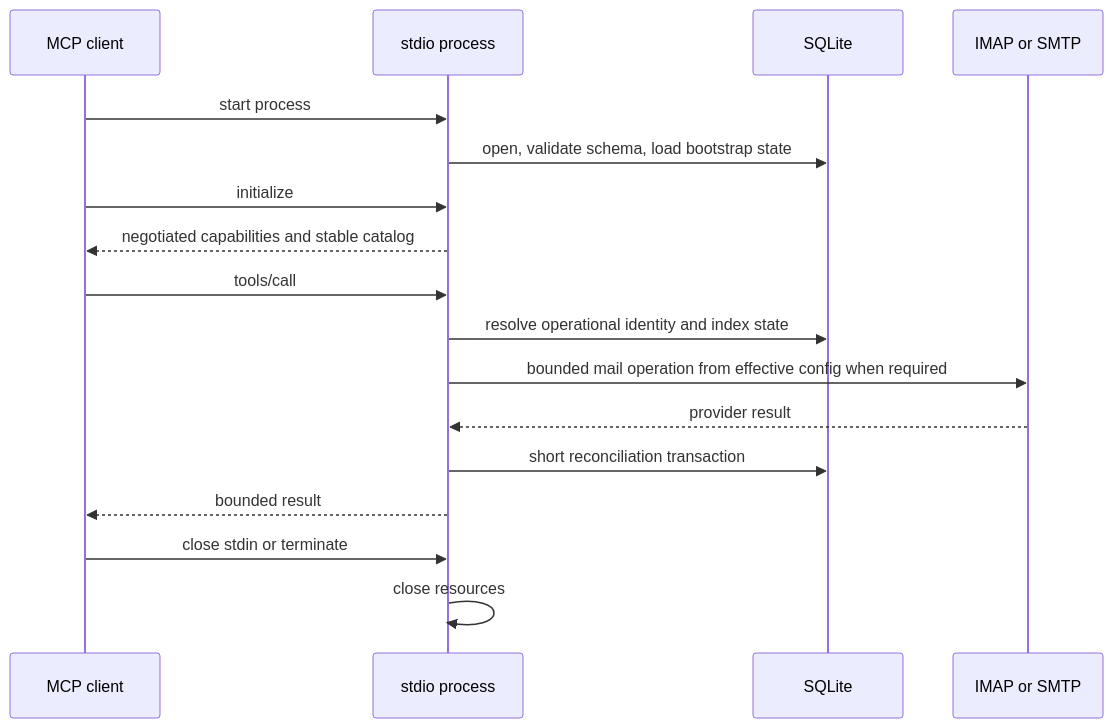
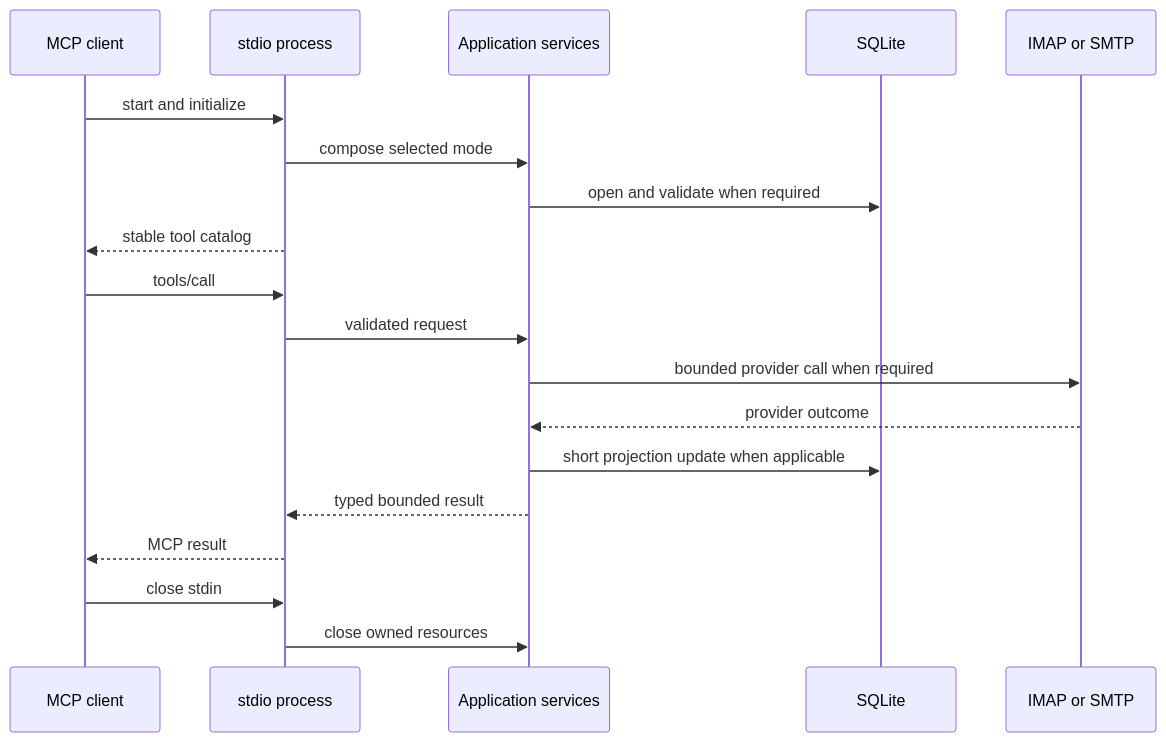
The second of 2 diagrams in spec/01-system-context.md (Wh1isper/mcp-email-server), drawn with Mermaid before and after one commit. The commit also changed other lines of this file and 14 other files, not shown here.

````diff
--- a/spec/01-system-context.md
+++ b/spec/01-system-context.md
@@ -128,20 +81,22 @@
 ```mermaid
 sequenceDiagram
     participant C as MCP client
     participant P as stdio process
+    participant A as Application services
     participant D as SQLite
     participant M as IMAP or SMTP
 
-    C->>P: start process
-    P->>D: open, validate schema, load bootstrap state
-    C->>P: initialize
-    P-->>C: negotiated capabilities and stable catalog
+    C->>P: start and initialize
+    P->>A: compose selected mode
+    A->>D: open and validate when required
+    P-->>C: stable tool catalog
     C->>P: tools/call
-    P->>D: resolve operational identity and index state
-    P->>M: bounded mail operation from effective config when required
-    M-->>P: provider result
-    P->>D: short reconciliation transaction
-    P-->>C: bounded result
-    C->>P: close stdin or terminate
-    P->>P: close resources
+    P->>A: validated request
+    A->>M: bounded provider call when required
+    M-->>A: provider outcome
+    A->>D: short projection update when applicable
+    A-->>P: typed bounded result
+    P-->>C: MCP result
+    C->>P: close stdin
+    P->>A: close owned resources
 ```
````
